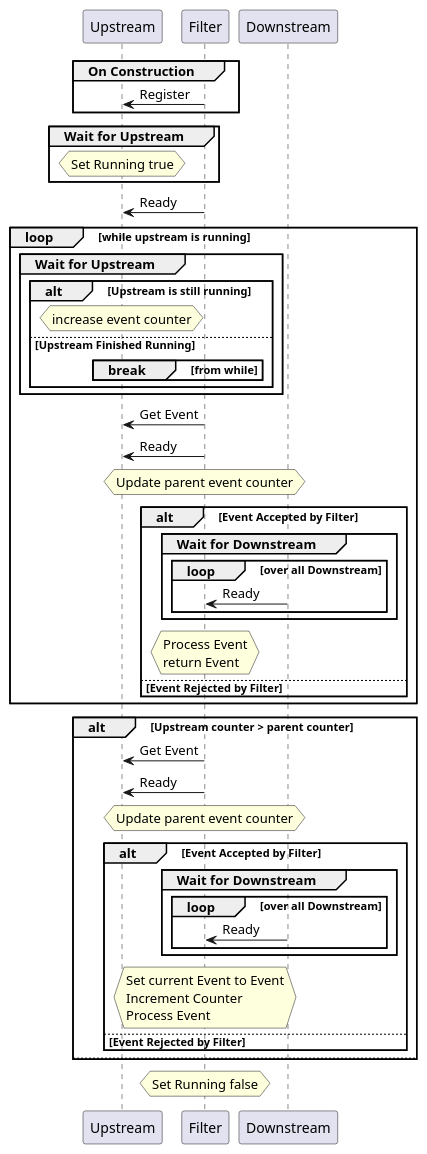
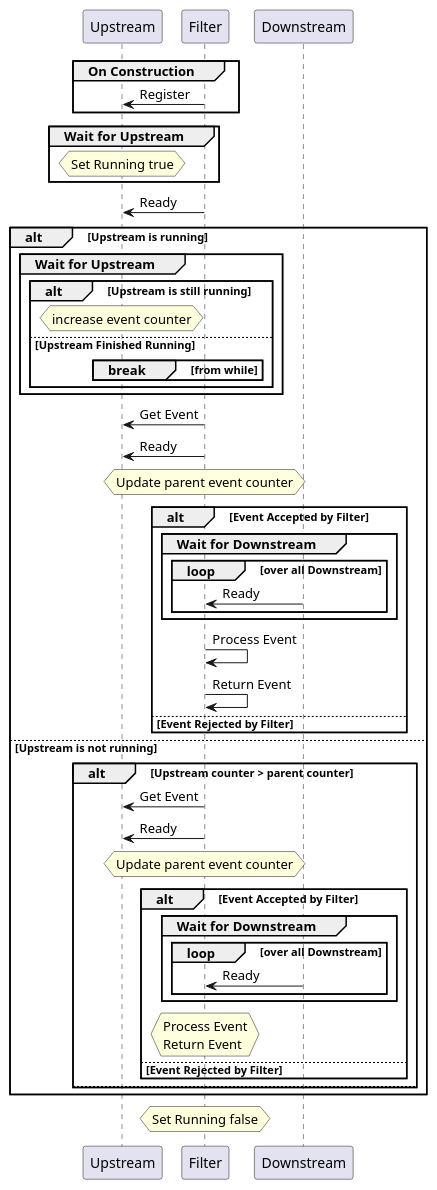
The second of 3 diagrams in take_2/doc/flowchart.org (HopkinsIDD/cfepi), drawn with PlantUML before and after one commit. The commit also changed other lines of this file, not shown here.

Commit message:
Updated flowchart

```diff
--- a/take_2/doc/flowchart.org
+++ b/take_2/doc/flowchart.org
@@ -33,73 +33,71 @@
 #+begin_src plantuml :file filtered_generator.png
 participant Upstream order 1
 participant Filter order 2
 participant Downstream order 3
 
 group On Construction
   Filter->Upstream: Register
 end
 
 group Wait for Upstream
   hnote over Upstream
     Set Running true
   endhnote
 end
 
 Filter -> Upstream : Ready
-loop while upstream is running
+alt Upstream is running
   group Wait for Upstream
     alt Upstream is still running
       hnote over Upstream
         increase event counter
       endhnote
     else Upstream Finished Running
       break from while
       end
     end
   end
   Filter -> Upstream : Get Event
   Filter -> Upstream : Ready
   hnote over Filter
     Update parent event counter
   endhnote
   alt Event Accepted by Filter
     group Wait for Downstream
       loop over all Downstream
         Downstream -> Filter : Ready
       end
     end
+    Filter -> Filter : Process Event
+    Filter -> Filter : Return Event
+  else Event Rejected by Filter
+  end
+else Upstream is not running
+  alt Upstream counter > parent counter
+    Filter -> Upstream : Get Event
+    Filter -> Upstream : Ready
     hnote over Filter
-      Process Event
-      return Event
+      Update parent event counter
     endhnote
-  else Event Rejected by Filter
+    alt Event Accepted by Filter
+      group Wait for Downstream
+        loop over all Downstream
+          Downstream -> Filter : Ready
+        end
+      end
+      hnote over Filter
+        Process Event
+        Return Event
+      endhnote
+    else Event Rejected by Filter
+    end
+  else
   end
 end
 
-alt Upstream counter > parent counter
-  Filter -> Upstream : Get Event
-  Filter -> Upstream : Ready
-  hnote over Filter
-    Update parent event counter
-  endhnote
-  alt Event Accepted by Filter
-    group Wait for Downstream
-      loop over all Downstream
-        Downstream -> Filter : Ready
-      end
-    end
-    hnote over Filter
-      Set current Event to Event
-      Increment Counter
-      Process Event
-    endhnote
-  else Event Rejected by Filter
-  end
-else
-end
 
 hnote over Filter
   Set Running false
 endhnote
 
 #+end_src
```
